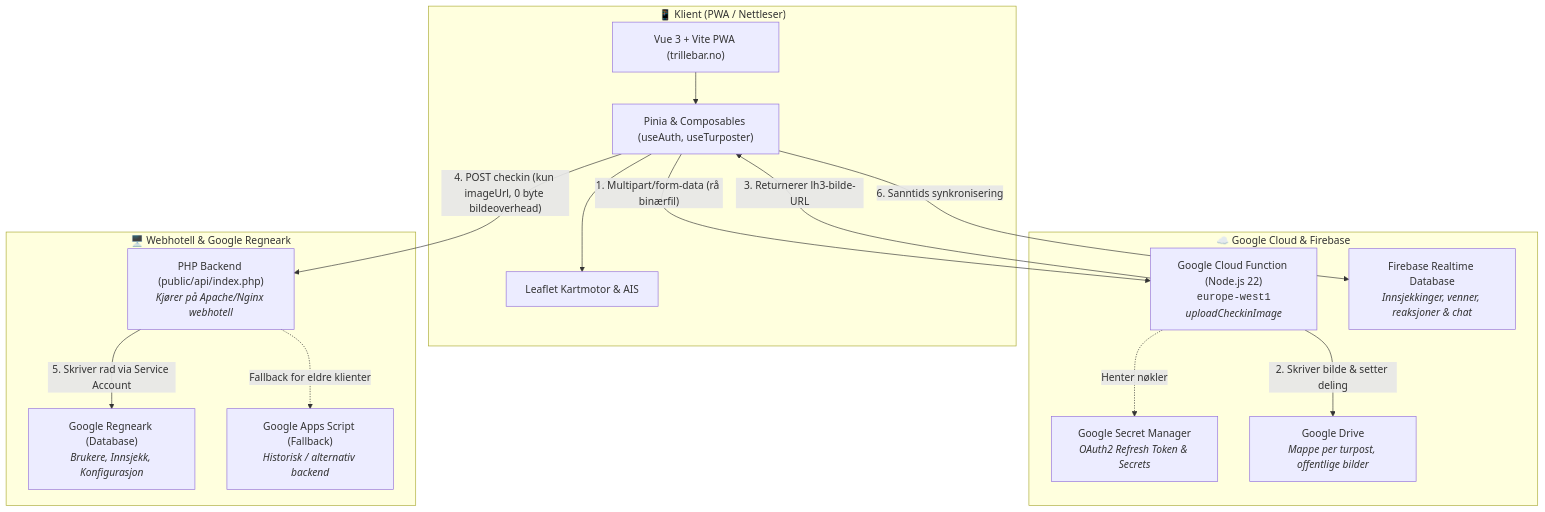
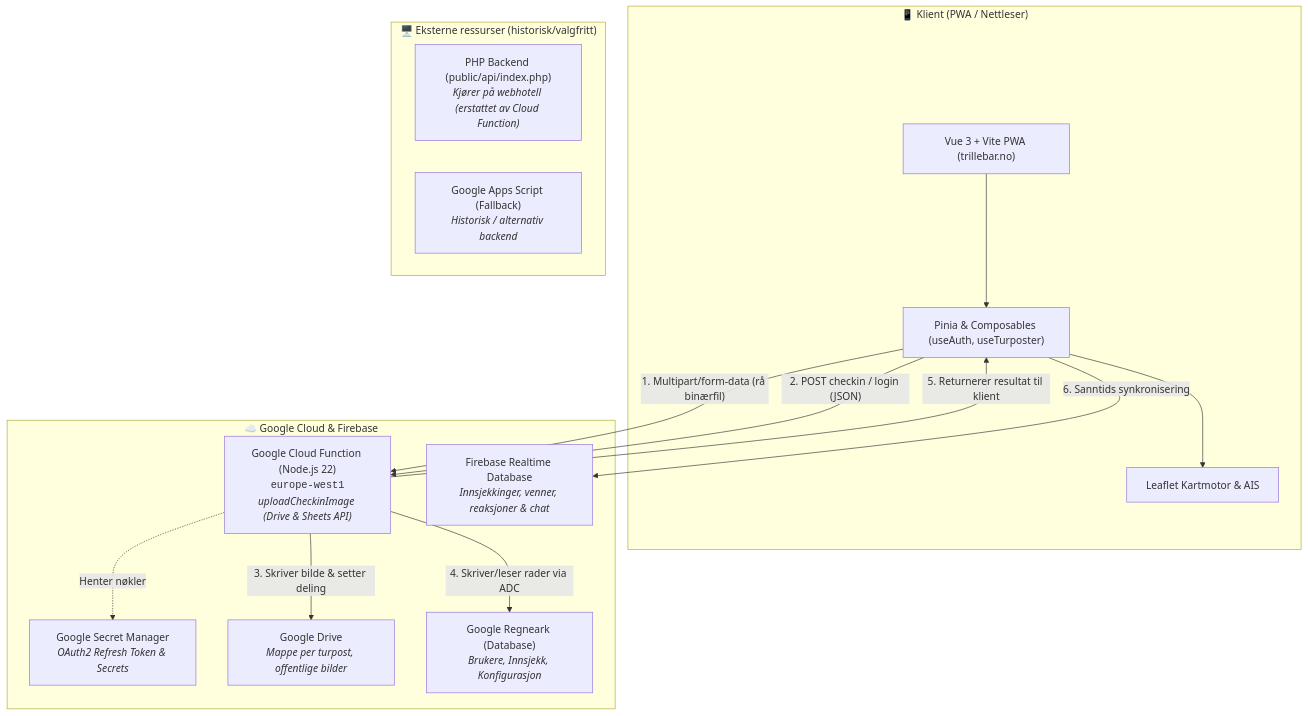
The first of 2 diagrams in ARCHITECTURE.md (tmala/tortur), drawn with Mermaid before and after one commit. The commit also changed 12 other files, not shown here.

Commit message:
refactor: migrate backend API from PHP to CloudFunction

````diff
--- a/ARCHITECTURE.md
+++ b/ARCHITECTURE.md
@@ -11,41 +11,37 @@
 ```mermaid
 graph TB
     subgraph Klient ["📱 Klient (PWA / Nettleser)"]
         UI["Vue 3 + Vite PWA (trillebar.no)"]
         Leaflet["Leaflet Kartmotor & AIS"]
         Store["Pinia & Composables (useAuth, useTurposter)"]
     end
 
     subgraph Skytjenester ["☁️ Google Cloud & Firebase"]
-        GCF["Google Cloud Function (Node.js 22)<br/><code>europe-west1</code><br/><i>uploadCheckinImage</i>"]
+        GCF["Google Cloud Function (Node.js 22)<br/><code>europe-west1</code><br/><i>uploadCheckinImage (Drive & Sheets API)</i>"]
         SecretMgr["Google Secret Manager<br/><i>OAuth2 Refresh Token & Secrets</i>"]
         GDrive["Google Drive<br/><i>Mappe per turpost, offentlige bilder</i>"]
+        GSheets["Google Regneark (Database)<br/><i>Brukere, Innsjekk, Konfigurasjon</i>"]
         FirebaseRTDB["Firebase Realtime Database<br/><i>Innsjekkinger, venner, reaksjoner & chat</i>"]
     end
 
-    subgraph Backend ["🖥️ Webhotell & Google Regneark"]
-        PHP["PHP Backend (public/api/index.php)<br/><i>Kjører på Apache/Nginx webhotell</i>"]
-        GSheets["Google Regneark (Database)<br/><i>Brukere, Innsjekk, Konfigurasjon</i>"]
+    subgraph Backend ["🖥️ Eksterne ressurser (historisk/valgfritt)"]
+        PHP["PHP Backend (public/api/index.php)<br/><i>Kjører på webhotell (erstattet av Cloud Function)</i>"]
         AppScript["Google Apps Script (Fallback)<br/><i>Historisk / alternativ backend</i>"]
     end
 
     %% Relasjoner
     UI --> Store
     Store --> Leaflet
 
-    %% Bildeopplasting
+    %% Bildeopplasting & API
     Store -- "1. Multipart/form-data (rå binærfil)" --> GCF
+    Store -- "2. POST checkin / login (JSON)" --> GCF
     GCF -. "Henter nøkler" .-> SecretMgr
-    GCF -- "2. Skriver bilde & setter deling" --> GDrive
-    GCF -- "3. Returnerer lh3-bilde-URL" --> Store
-
-    %% Innsjekking
-    Store -- "4. POST checkin (kun imageUrl, 0 byte bildeoverhead)" --> PHP
-    PHP -- "5. Skriver rad via Service Account" --> GSheets
+    GCF -- "3. Skriver bilde & setter deling" --> GDrive
+    GCF -- "4. Skriver/leser rader via ADC" --> GSheets
+    GCF -- "5. Returnerer resultat til klient" --> Store
 
     %% Sanntidssynk
     Store -- "6. Sanntids synkronisering" --> FirebaseRTDB
 
-    %% Historisk fallback
-    PHP -. "Fallback for eldre klienter" .-> AppScript
 ```
````
